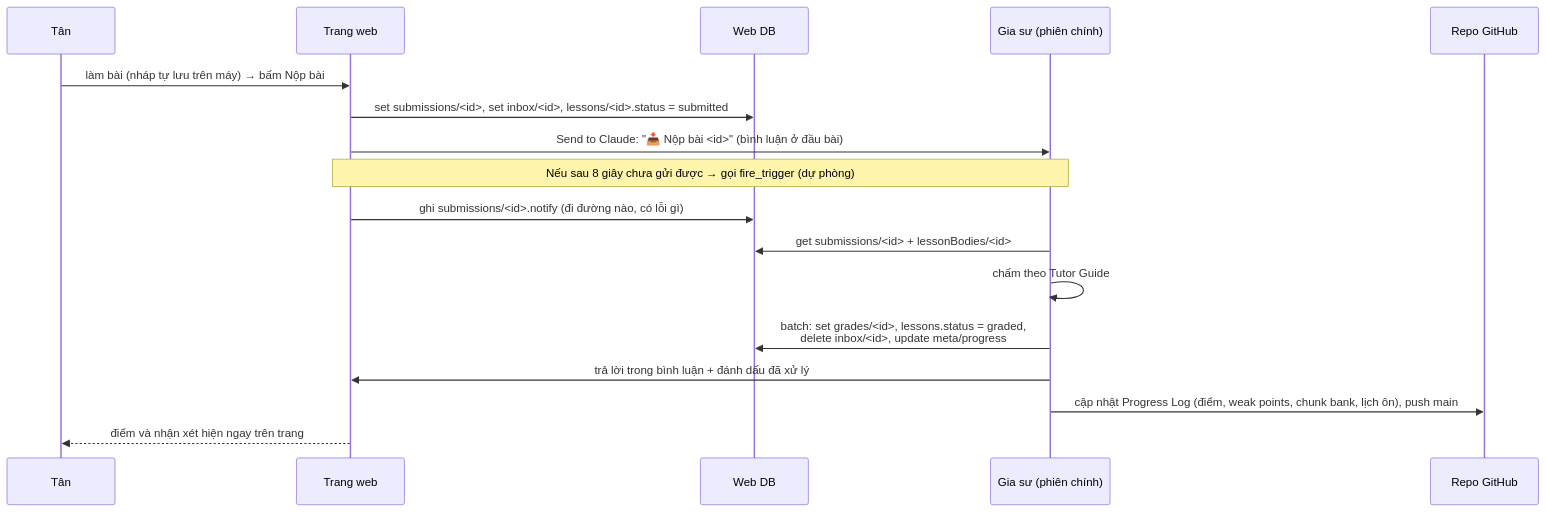
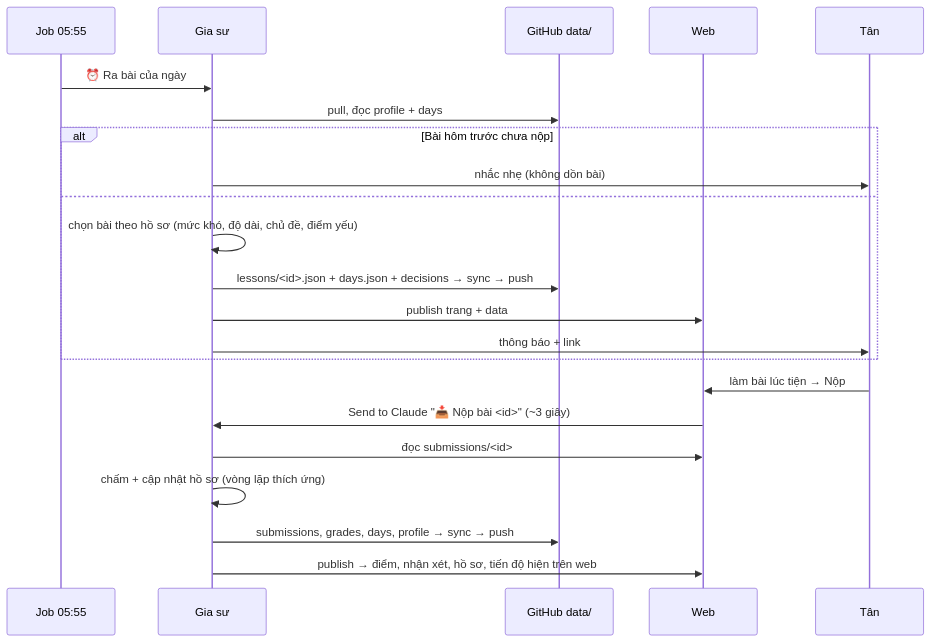
One commit to tannc28/english-tutor changed the second of 2 diagrams in README.md. Above: the diagram before and after it, drawn with Mermaid. The commit also changed other lines of this file, not shown here.

Commit message:
README: rewrite architecture for single-source data/ design

````diff
--- a/README.md
+++ b/README.md
@@ -155,19 +66,24 @@
 ```mermaid
 sequenceDiagram
+    participant J as Job 05:55
+    participant G as Gia sư
+    participant R as GitHub data/
+    participant W as Web
     participant T as Tân
-    participant W as Trang web
-    participant DB as Web DB
-    participant G as Gia sư (phiên chính)
-    participant Repo as Repo GitHub
-    T->>W: làm bài (nháp tự lưu trên máy) → bấm Nộp bài
-    W->>DB: set submissions/<id>, set inbox/<id>, lessons/<id>.status = submitted
-    W->>G: Send to Claude: "📥 Nộp bài <id>" (bình luận ở đầu bài)
-    Note over W,G: Nếu sau 8 giây chưa gửi được → gọi fire_trigger (dự phòng)
-    W->>DB: ghi submissions/<id>.notify (đi đường nào, có lỗi gì)
-    G->>DB: get submissions/<id> + lessonBodies/<id>
-    G->>G: chấm theo Tutor Guide
-    G->>DB: batch: set grades/<id>, lessons.status = graded,<br/>delete inbox/<id>, update meta/progress
-    G->>W: trả lời trong bình luận + đánh dấu đã xử lý
-    G->>Repo: cập nhật Progress Log (điểm, weak points, chunk bank, lịch ôn), push main
-    W-->>T: điểm và nhận xét hiện ngay trên trang
+    J->>G: ⏰ Ra bài của ngày
+    G->>R: pull, đọc profile + days
+    alt Bài hôm trước chưa nộp
+        G->>T: nhắc nhẹ (không dồn bài)
+    else
+        G->>G: chọn bài theo hồ sơ (mức khó, độ dài, chủ đề, điểm yếu)
+        G->>R: lessons/<id>.json + days.json + decisions → sync → push
+        G->>W: publish trang + data
+        G->>T: thông báo + link
+    end
+    T->>W: làm bài lúc tiện → Nộp
+    W->>G: Send to Claude "📥 Nộp bài <id>" (~3 giây)
+    G->>W: đọc submissions/<id>
+    G->>G: chấm + cập nhật hồ sơ (vòng lặp thích ứng)
+    G->>R: submissions, grades, days, profile → sync → push
+    G->>W: publish → điểm, nhận xét, hồ sơ, tiến độ hiện trên web
 ```
````
